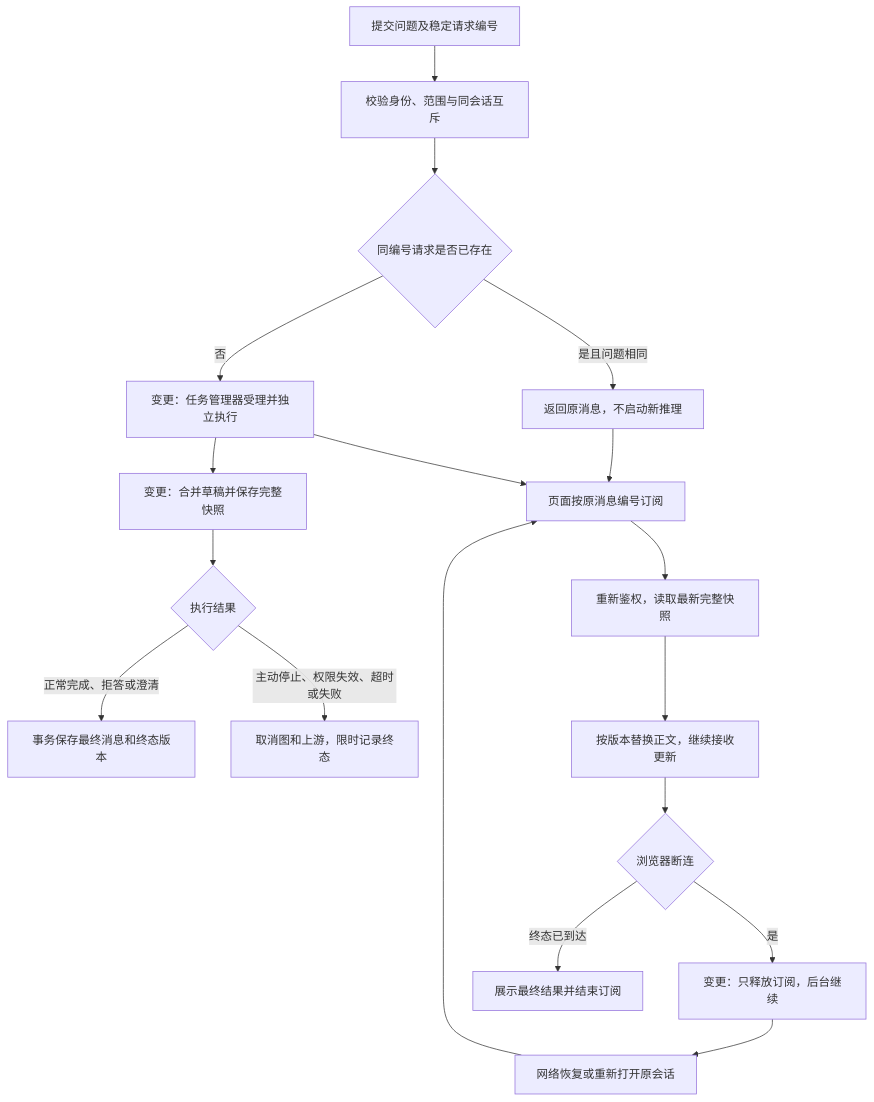
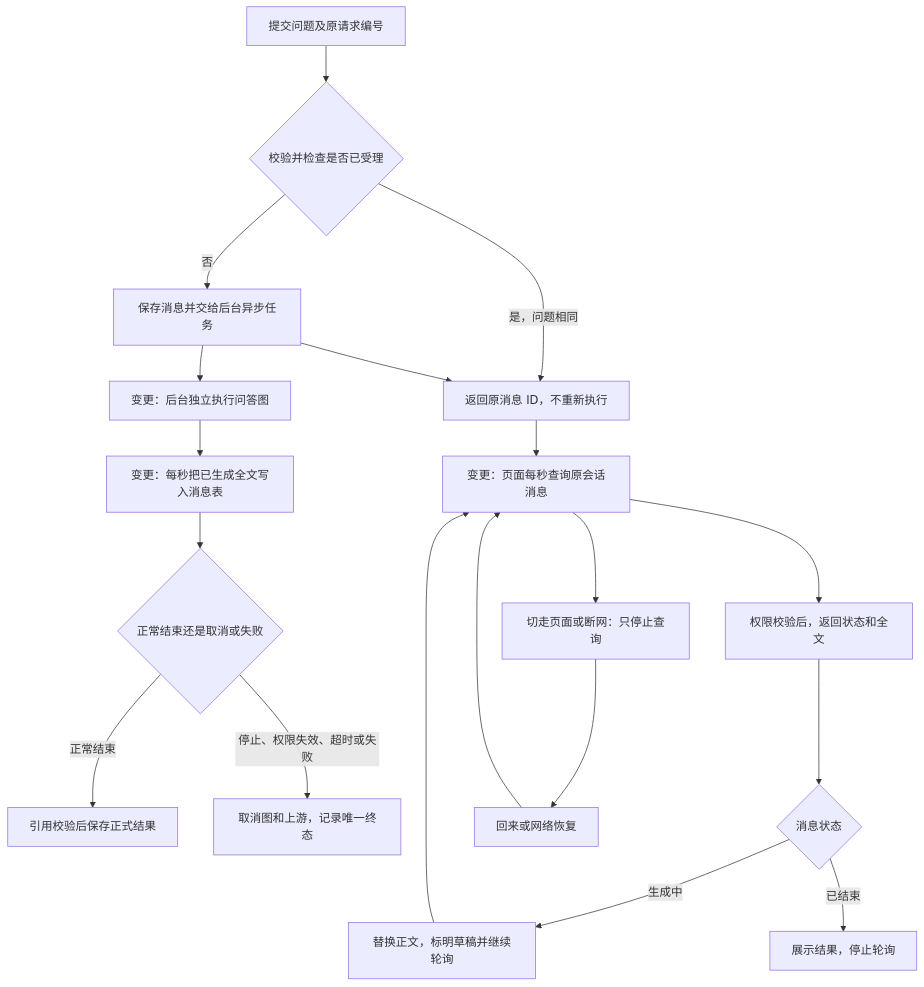
The second of 2 diagrams in docs/technical-plan-chat-reconnect.md (zjqylhy/it_helpdesk_rag), drawn with Mermaid before and after one commit. The commit also changed other lines of this file and 1 other file, not shown here.

````diff
--- a/docs/technical-plan-chat-reconnect.md
+++ b/docs/technical-plan-chat-reconnect.md
@@ -49,20 +47,21 @@
 ```mermaid
 flowchart TD
-    A[提交问题及稳定请求编号] --> B[校验身份、范围与同会话互斥]
-    B --> C{同编号请求是否已存在}
-    C -->|是且问题相同| D[返回原消息，不启动新推理]
-    C -->|否| E[变更：任务管理器受理并独立执行]
-    E --> F[变更：合并草稿并保存完整快照]
-    F --> G{执行结果}
-    G -->|正常完成、拒答或澄清| H[事务保存最终消息和终态版本]
-    G -->|主动停止、权限失效、超时或失败| I[取消图和上游，限时记录终态]
-    D --> J[页面按原消息编号订阅]
-    E --> J
-    J --> K[重新鉴权，读取最新完整快照]
-    K --> L[按版本替换正文，继续接收更新]
-    L --> M{浏览器断连}
-    M -->|是| N[变更：只释放订阅，后台继续]
-    N --> O[网络恢复或重新打开原会话]
-    O --> J
-    M -->|终态已到达| P[展示最终结果并结束订阅]
+    A[提交问题及原请求编号] --> B{校验并检查是否已受理}
+    B -->|是，问题相同| C[返回原消息 ID，不重新执行]
+    B -->|否| D[保存消息并交给后台异步任务]
+    D --> E[变更：后台独立执行问答图]
+    D --> C
+    E --> F[变更：每秒把已生成全文写入消息表]
+    F --> G{正常结束还是取消或失败}
+    G -->|正常结束| H[引用校验后保存正式结果]
+    G -->|停止、权限失效、超时或失败| I[取消图和上游，记录唯一终态]
+    C --> J[变更：页面每秒查询原会话消息]
+    J --> K[权限校验后，返回状态和全文]
+    K --> L{消息状态}
+    L -->|生成中| M[替换正文，标明草稿并继续轮询]
+    M --> J
+    L -->|已结束| N[展示结果，停止轮询]
+    J --> O[切走页面或断网：只停止查询]
+    O --> P[回来或网络恢复]
+    P --> J
 ```
````
